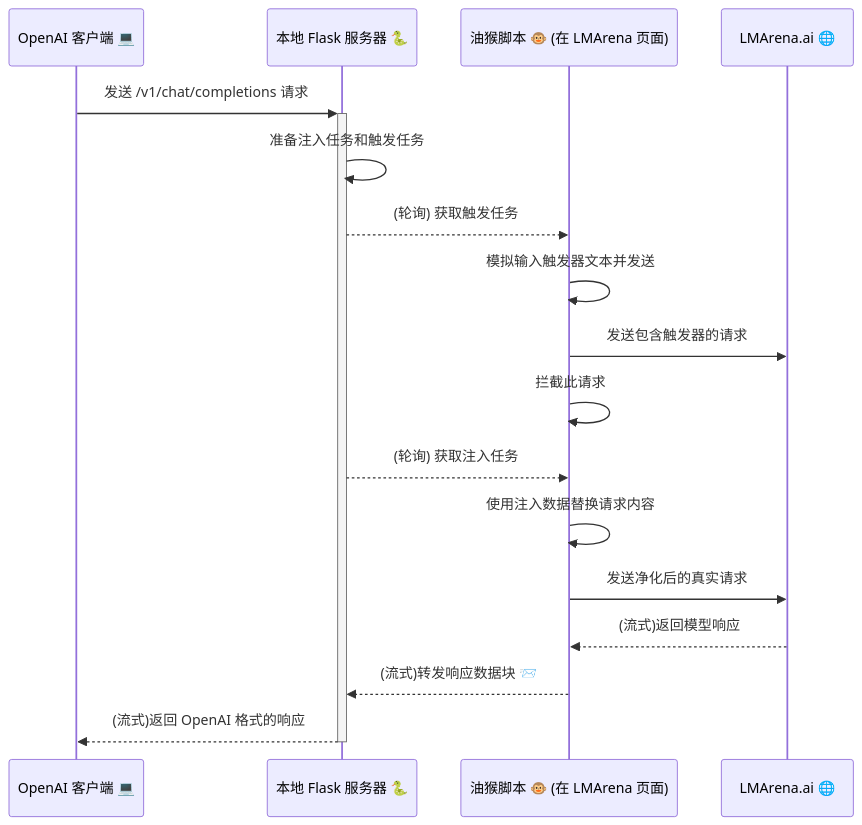
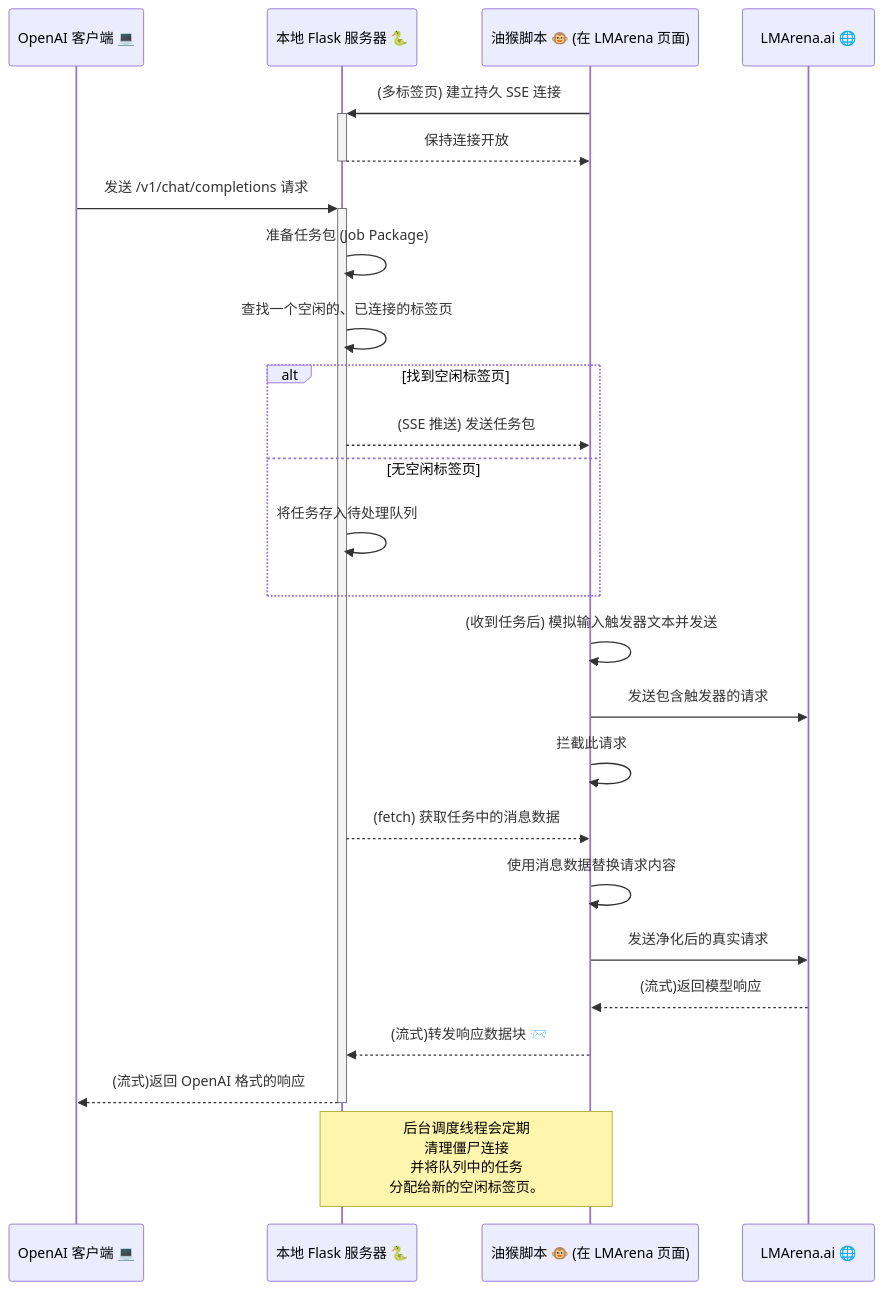
One commit to sergss/LMArenaBridge changed the diagram in README.md. Above: the diagram before and after it, drawn with Mermaid. The commit also changed other lines of this file and 3 other files, not shown here.

````diff
--- a/README.md
+++ b/README.md
@@ -134,20 +135,31 @@
 ```mermaid
 sequenceDiagram
     participant C as OpenAI 客户端 💻
     participant S as 本地 Flask 服务器 🐍
     participant T as 油猴脚本 🐵 (在 LMArena 页面)
     participant L as LMArena.ai 🌐
 
+    T->>+S: (多标签页) 建立持久 SSE 连接
+    S-->>-T: 保持连接开放
+
     C->>+S: 发送 /v1/chat/completions 请求
-    S->>S: 准备注入任务和触发任务
-    S-->>T: (轮询) 获取触发任务
-    T->>T: 模拟输入触发器文本并发送
+    S->>S: 准备任务包 (Job Package)
+    S->>S: 查找一个空闲的、已连接的标签页
+    alt 找到空闲标签页
+        S-->>T: (SSE 推送) 发送任务包
+    else 无空闲标签页
+        S->>S: 将任务存入待处理队列
+    end
+
+    T->>T: (收到任务后) 模拟输入触发器文本并发送
     T->>L: 发送包含触发器的请求
     T->>T: 拦截此请求
-    S-->>T: (轮询) 获取注入任务
-    T->>T: 使用注入数据替换请求内容
+    S-->>T: (fetch) 获取任务中的消息数据
+    T->>T: 使用消息数据替换请求内容
     T->>L: 发送净化后的真实请求
     L-->>T: (流式)返回模型响应
     T-->>S: (流式)转发响应数据块 📨
     S-->>-C: (流式)返回 OpenAI 格式的响应
+    
+    Note over S,T: 后台调度线程会定期<br/>清理僵尸连接<br/>并将队列中的任务<br/>分配给新的空闲标签页。
 ```
````
